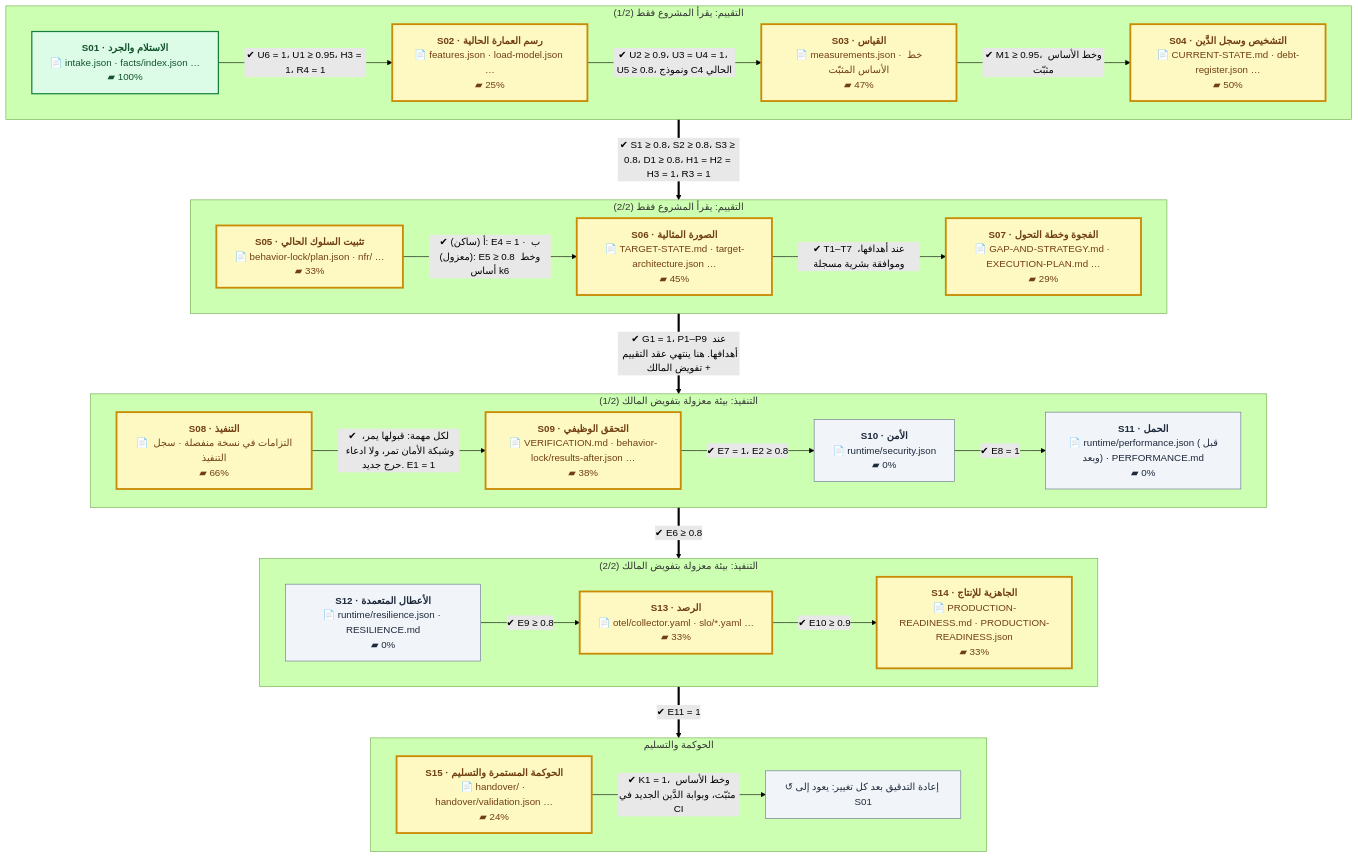
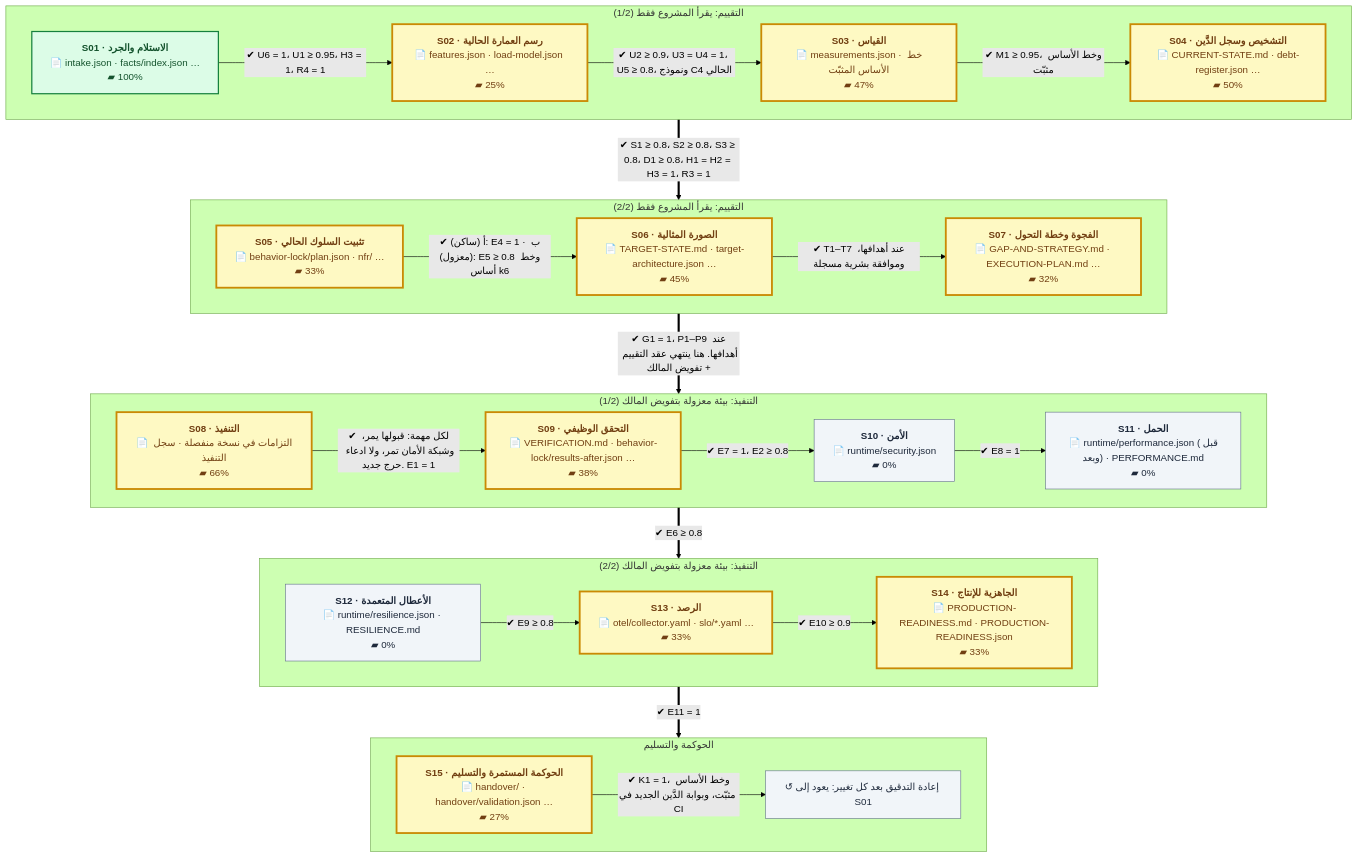
One commit to eom1417/engineering-audit-os changed the first of 2 diagrams in README.md. Above: the diagram before and after it, drawn with Mermaid (forest theme). The commit also changed other lines of this file and 5 other files, not shown here.

````diff
--- a/README.md
+++ b/README.md
@@ -52,54 +52,54 @@
 ```mermaid
 %%{init: {'flowchart': {'wrappingWidth': 260, 'nodeSpacing': 40, 'rankSpacing': 60}}}%%
 flowchart TB
     subgraph P1["التقييم: يقرأ المشروع فقط (1/2)"]
         direction LR
         S01["<b>S01 · الاستلام والجرد</b><br/>📄 intake.json · facts/index.json …<br/>▰ 100%"]:::done
         S02["<b>S02 · رسم العمارة الحالية</b><br/>📄 features.json · load-model.json …<br/>▰ 25%"]:::current
         S03["<b>S03 · القياس</b><br/>📄 measurements.json · خط الأساس المثبّت<br/>▰ 47%"]:::current
         S04["<b>S04 · التشخيص وسجل الدَّين</b><br/>📄 CURRENT-STATE.md · debt-register.json …<br/>▰ 50%"]:::current
         S01 -->|"✔ U6 = 1، U1 ≥ 0.95، H3 = 1، R4 = 1"| S02
         S02 -->|"✔ U2 ≥ 0.9، U3 = U4 = 1، U5 ≥ 0.8، ونموذج C4 الحالي"| S03
         S03 -->|"✔ M1 ≥ 0.95، وخط الأساس مثبّت"| S04
     end
     subgraph P2["التقييم: يقرأ المشروع فقط (2/2)"]
         direction LR
         S05["<b>S05 · تثبيت السلوك الحالي</b><br/>📄 behavior-lock/plan.json · nfr/ …<br/>▰ 33%"]:::current
         S06["<b>S06 · الصورة المثالية</b><br/>📄 TARGET-STATE.md · target-architecture.json …<br/>▰ 45%"]:::current
-        S07["<b>S07 · الفجوة وخطة التحول</b><br/>📄 GAP-AND-STRATEGY.md · EXECUTION-PLAN.md …<br/>▰ 29%"]:::current
+        S07["<b>S07 · الفجوة وخطة التحول</b><br/>📄 GAP-AND-STRATEGY.md · EXECUTION-PLAN.md …<br/>▰ 32%"]:::current
         S05 -->|"✔ أ (ساكن): E4 = 1 · ب (معزول): E5 ≥ 0.8 وخط أساس k6"| S06
         S06 -->|"✔ T1–T7 عند أهدافها، وموافقة بشرية مسجلة"| S07
     end
     subgraph P3["التنفيذ: بيئة معزولة بتفويض المالك (1/2)"]
         direction LR
         S08["<b>S08 · التنفيذ</b><br/>📄 التزامات في نسخة منفصلة · سجل التنفيذ<br/>▰ 66%"]:::current
         S09["<b>S09 · التحقق الوظيفي</b><br/>📄 VERIFICATION.md · behavior-lock/results-after.json …<br/>▰ 38%"]:::current
         S10["<b>S10 · الأمن</b><br/>📄 runtime/security.json<br/>▰ 0%"]:::next
         S11["<b>S11 · الحمل</b><br/>📄 runtime/performance.json (قبل وبعد) · PERFORMANCE.md<br/>▰ 0%"]:::next
         S08 -->|"✔ لكل مهمة: قبولها يمر، وشبكة الأمان تمر، ولا ادعاء حرج جديد. E1 = 1"| S09
         S09 -->|"✔ E7 = 1، E2 ≥ 0.8"| S10
         S10 -->|"✔ E8 = 1"| S11
     end
     subgraph P4["التنفيذ: بيئة معزولة بتفويض المالك (2/2)"]
         direction LR
         S12["<b>S12 · الأعطال المتعمدة</b><br/>📄 runtime/resilience.json · RESILIENCE.md<br/>▰ 0%"]:::next
         S13["<b>S13 · الرصد</b><br/>📄 otel/collector.yaml · slo/*.yaml …<br/>▰ 33%"]:::current
         S14["<b>S14 · الجاهزية للإنتاج</b><br/>📄 PRODUCTION-READINESS.md · PRODUCTION-READINESS.json<br/>▰ 33%"]:::current
         S12 -->|"✔ E9 ≥ 0.8"| S13
         S13 -->|"✔ E10 ≥ 0.9"| S14
     end
     subgraph P5["الحوكمة والتسليم"]
         direction LR
-        S15["<b>S15 · الحوكمة المستمرة والتسليم</b><br/>📄 handover/ · handover/validation.json …<br/>▰ 24%"]:::current
+        S15["<b>S15 · الحوكمة المستمرة والتسليم</b><br/>📄 handover/ · handover/validation.json …<br/>▰ 27%"]:::current
         LOOP["↺ إعادة التدقيق بعد كل تغيير: يعود إلى S01"]:::next
         S15 -->|"✔ K1 = 1، وخط الأساس مثبّت، وبوابة الدَّين الجديد في CI"| LOOP
     end
     P1 ==>|"✔ S1 ≥ 0.8، S2 ≥ 0.8، S3 ≥ 0.8، D1 ≥ 0.8، H1 = H2 = H3 = 1، R3 = 1"| P2
     P2 ==>|"✔ G1 = 1، P1–P9 عند أهدافها. هنا ينتهي عقد التقييم + تفويض المالك"| P3
     P3 ==>|"✔ E6 ≥ 0.8"| P4
     P4 ==>|"✔ E11 = 1"| P5
     classDef done fill:#dcfce7,stroke:#15803d,color:#14532d,stroke-width:2px
     classDef current fill:#fef9c3,stroke:#ca8a04,color:#713f12,stroke-width:3px
     classDef next fill:#f1f5f9,stroke:#64748b,color:#1e293b
     classDef owner fill:#fee2e2,stroke:#b91c1c,color:#7f1d1d,stroke-dasharray:5 3
 ```
````
